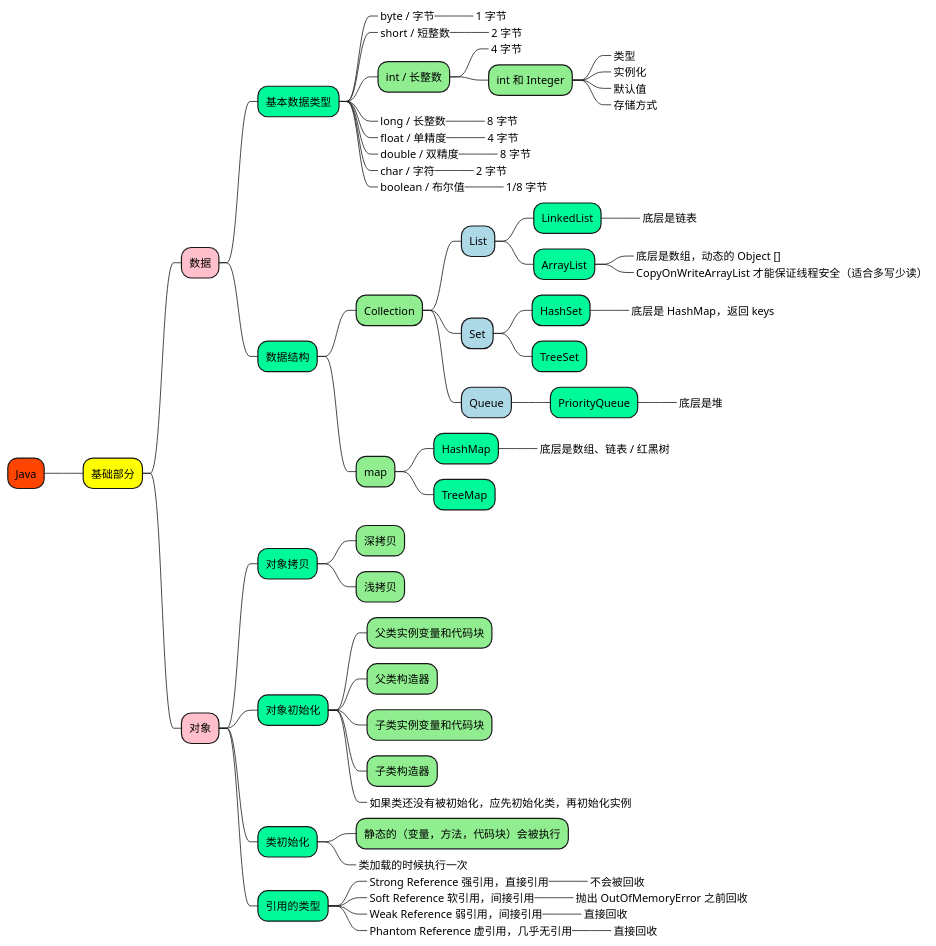
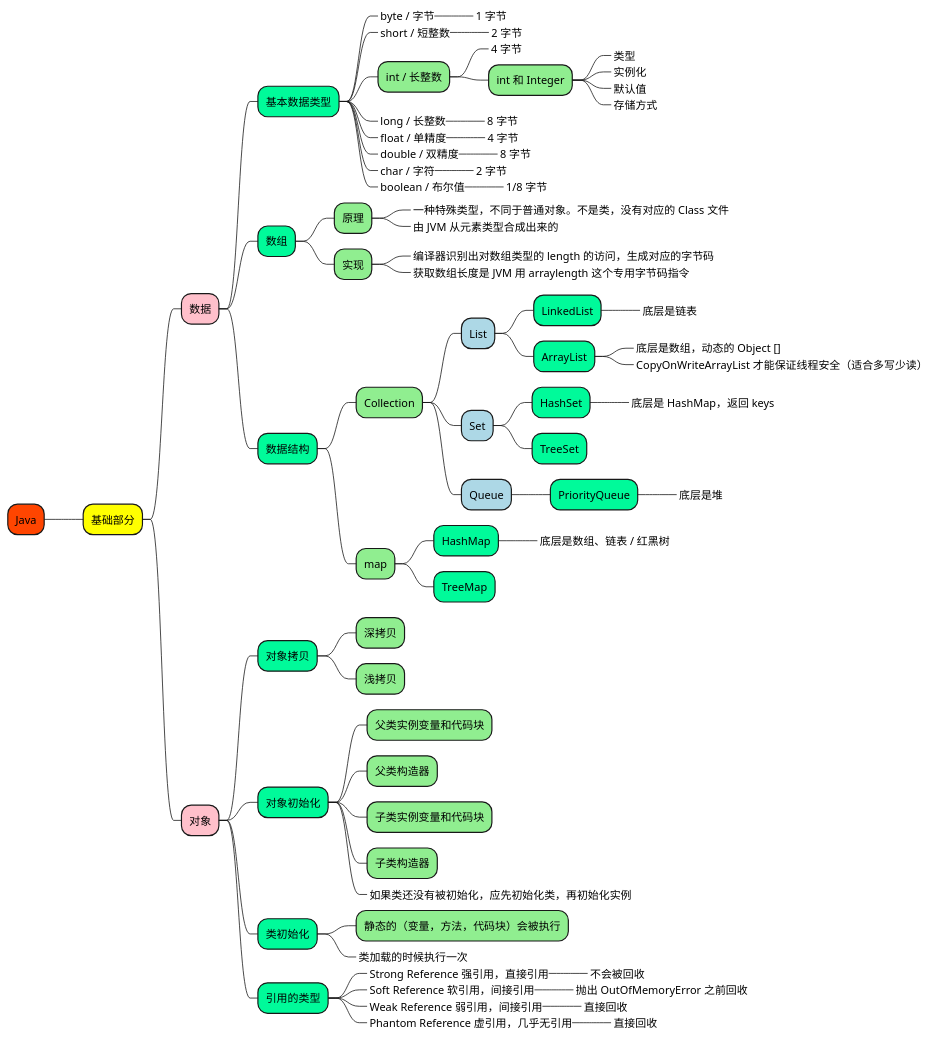
One commit to doveg/self-cultivation-of-a-software-engineer changed the diagram in 1_map/java/java.puml. Above: the diagram before and after it, drawn with PlantUML.

```diff
--- a/1_map/java/java.puml
+++ b/1_map/java/java.puml
@@ -1,92 +1,102 @@
 @startmindmap
 
 +[#OrangeRed] Java
 
 ++[#yellow] 基础部分
 
 +++[#Pink] 数据
 
 ++++[#MediumSpringGreen] 基本数据类型
 
 +++++[#LightGreen]_ byte / 字节
 ++++++_ 1 字节
 +++++[#LightGreen]_ short / 短整数
 ++++++_ 2 字节
 +++++[#LightGreen] int / 长整数
 ++++++_ 4 字节
 ++++++[#LightGreen] int 和 Integer
 +++++++_ 类型
 +++++++_ 实例化
 +++++++_ 默认值
 +++++++_ 存储方式
 +++++[#LightGreen]_ long / 长整数
 ++++++_ 8 字节
 +++++[#LightGreen]_ float / 单精度
 ++++++_ 4 字节
 +++++[#LightGreen]_ double / 双精度
 ++++++_ 8 字节
 +++++[#LightGreen]_ char / 字符
 ++++++_ 2 字节
 +++++[#LightGreen]_ boolean / 布尔值
 ++++++_ 1/8 字节
+
+++++[#MediumSpringGreen] 数组
+
++++++[#LightGreen] 原理
+++++++[#LightBlue]_ 一种特殊类型，不同于普通对象。不是类，没有对应的 Class 文件
+++++++[#LightBlue]_ 由 JVM 从元素类型合成出来的
+
++++++[#LightGreen] 实现
+++++++[#LightBlue]_ 编译器识别出对数组类型的 length 的访问，生成对应的字节码
+++++++[#LightBlue]_ 获取数组长度是 JVM 用 arraylength 这个专用字节码指令
 
 ++++[#MediumSpringGreen] 数据结构
 
 +++++[#LightGreen] Collection
 ++++++[#LightBlue] List
 +++++++[#MediumSpringGreen] LinkedList
 ++++++++[#MediumSpringGreen]_ 底层是链表
 +++++++[#MediumSpringGreen] ArrayList
 ++++++++[#MediumSpringGreen]_ 底层是数组，动态的 Object []
 ++++++++[#MediumSpringGreen]_ CopyOnWriteArrayList 才能保证线程安全（适合多写少读）
 
 ++++++[#LightBlue] Set
 +++++++[#MediumSpringGreen] HashSet
 ++++++++[#MediumSpringGreen]_ 底层是 HashMap，返回 keys
 +++++++[#MediumSpringGreen] TreeSet
 
 ++++++[#LightBlue] Queue
 +++++++[#MediumSpringGreen] PriorityQueue
 ++++++++[#MediumSpringGreen]_ 底层是堆
 
 +++++[#LightGreen] map
 ++++++[#MediumSpringGreen] HashMap
 +++++++[#MediumSpringGreen]_ 底层是数组、链表 / 红黑树
 ++++++[#MediumSpringGreen] TreeMap
 
 
 +++[#Pink] 对象
 
 ++++[#MediumSpringGreen] 对象拷贝
 +++++[#LightGreen] 深拷贝
 +++++[#LightGreen] 浅拷贝
 
 ++++[#MediumSpringGreen] 对象初始化
 +++++[#LightGreen] 父类实例变量和代码块
 +++++[#LightGreen] 父类构造器
 +++++[#LightGreen] 子类实例变量和代码块
 +++++[#LightGreen] 子类构造器
 +++++[#LightGreen]_ 如果类还没有被初始化，应先初始化类，再初始化实例
 
 ++++[#MediumSpringGreen] 类初始化
 +++++[#LightGreen] 静态的（变量，方法，代码块）会被执行
 +++++[#LightGreen]_ 类加载的时候执行一次
 
 ++++[#MediumSpringGreen] 引用的类型
 +++++[#LightGreen]_ Strong Reference 强引用，直接引用
 ++++++[#LightGreen]_ 不会被回收
 +++++[#LightGreen]_ Soft Reference 软引用，间接引用
 ++++++[#LightGreen]_ 抛出 OutOfMemoryError 之前回收
 +++++[#LightGreen]_ Weak Reference 弱引用，间接引用
 ++++++[#LightGreen]_ 直接回收
 +++++[#LightGreen]_ Phantom Reference 虚引用，几乎无引用
 ++++++[#LightGreen]_ 直接回收
 
 
 
 'https://juejin.cn/post/6995088510134779912
 'https://www.jianshu.com/p/562c4c883459
 'https://www.jianshu.com/p/ecc6d3ac100d
 
 
 @endmindmap
```
